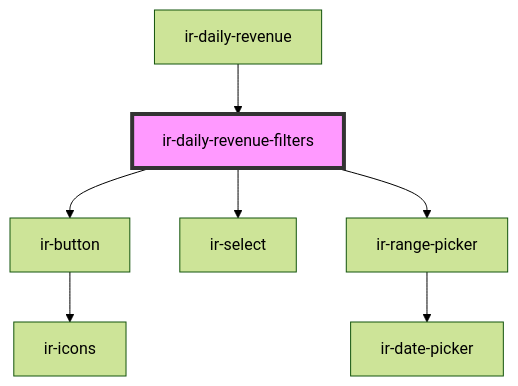
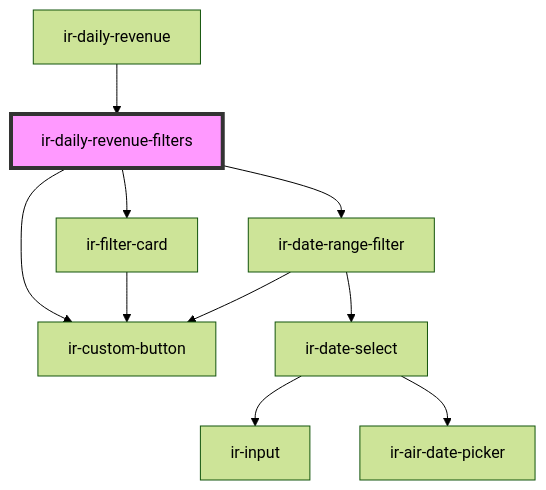
The diagram in src/components/ir-daily-revenue/ir-daily-revenue-filters/readme.md (RonyRizk/ir-webcmp), drawn with Mermaid (forest theme) before and after one commit. The commit also changed other lines of this file and 508 other files, not shown here.

````diff
--- a/src/components/ir-daily-revenue/ir-daily-revenue-filters/readme.md
+++ b/src/components/ir-daily-revenue/ir-daily-revenue-filters/readme.md
@@ -36,10 +36,13 @@
 ```mermaid
 graph TD;
-  ir-daily-revenue-filters --> ir-button
-  ir-daily-revenue-filters --> ir-select
-  ir-daily-revenue-filters --> ir-range-picker
-  ir-button --> ir-icons
-  ir-range-picker --> ir-date-picker
+  ir-daily-revenue-filters --> ir-filter-card
+  ir-daily-revenue-filters --> ir-date-range-filter
+  ir-daily-revenue-filters --> ir-custom-button
+  ir-filter-card --> ir-custom-button
+  ir-date-range-filter --> ir-date-select
+  ir-date-range-filter --> ir-custom-button
+  ir-date-select --> ir-input
+  ir-date-select --> ir-air-date-picker
   ir-daily-revenue --> ir-daily-revenue-filters
   style ir-daily-revenue-filters fill:#f9f,stroke:#333,stroke-width:4px
 ```
````
